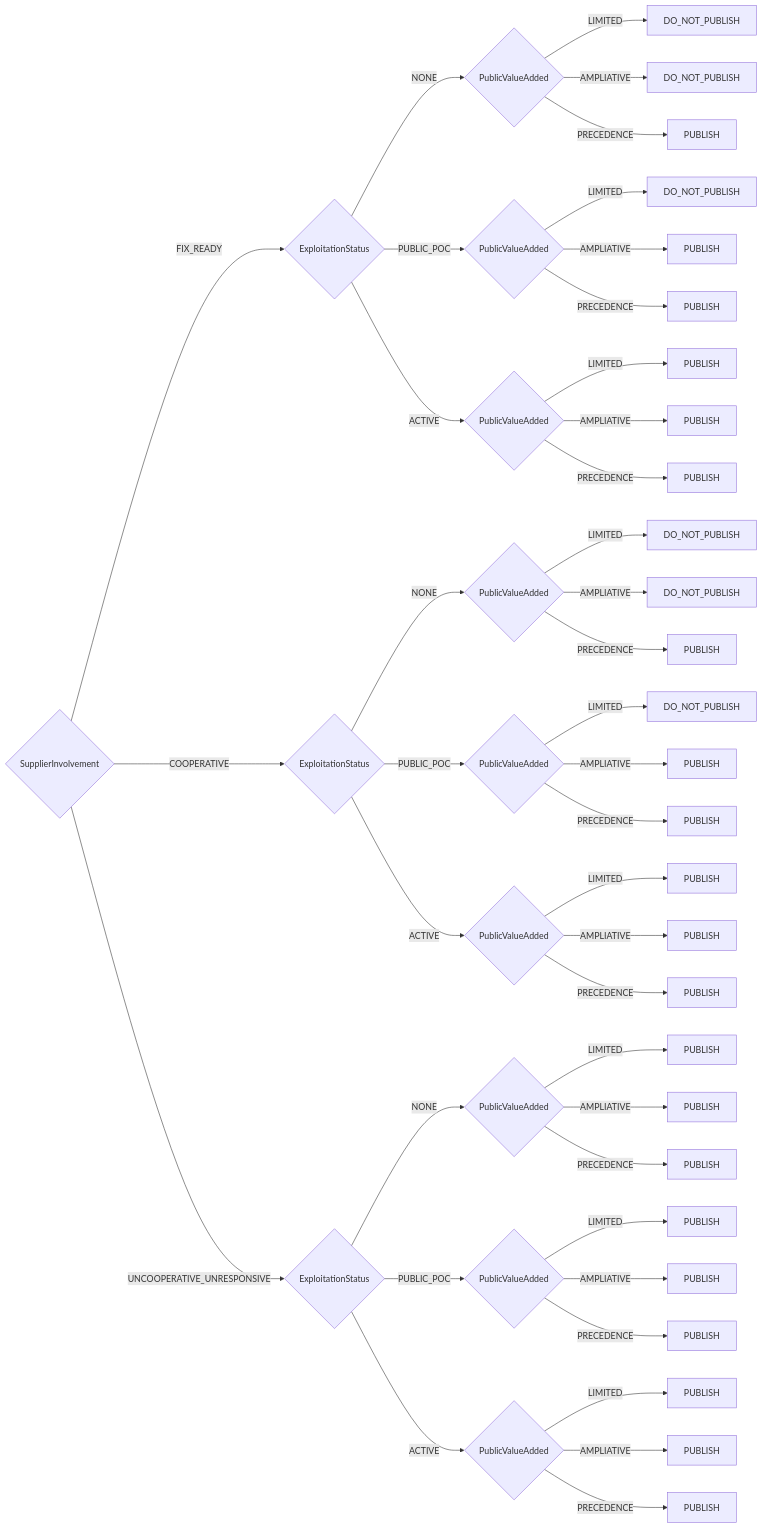
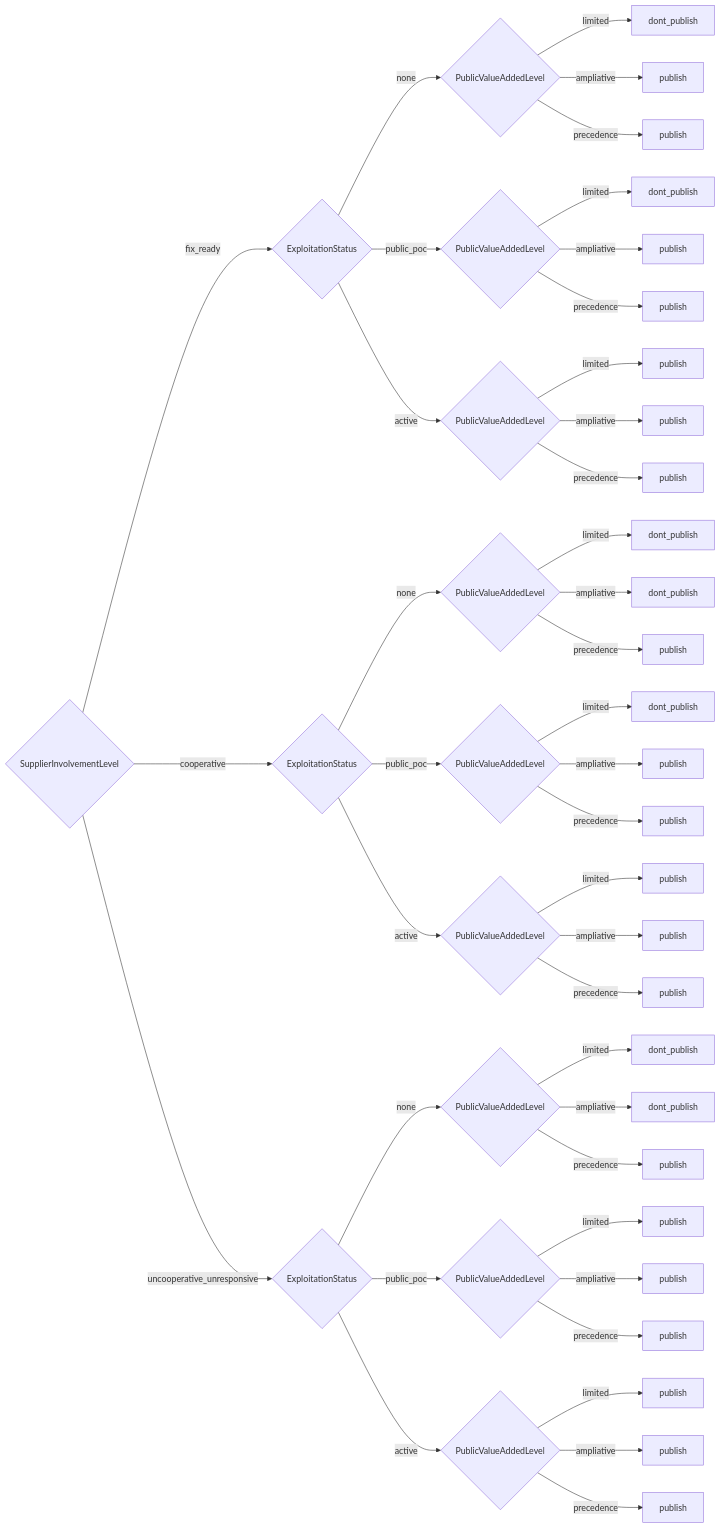
Before and after one commit to Vulnetix/python-ssvc: the diagram in docs/coordinator_publication.md, drawn with Mermaid. The commit also changed other lines of this file and 29 other files, not shown here.

First line of the commit message:
feat: Add comprehensive schema validation and checksum verification system

````diff
--- a/docs/coordinator_publication.md
+++ b/docs/coordinator_publication.md
@@ -10,82 +26,82 @@
 ```mermaid
 flowchart LR
-    SupplierInvolvement_1{SupplierInvolvement}
+    SupplierInvolvementLevel_1{SupplierInvolvementLevel}
     ExploitationStatus_2{ExploitationStatus}
-    SupplierInvolvement_1 -->|FIX_READY| ExploitationStatus_2
-    PublicValueAdded_3{PublicValueAdded}
-    ExploitationStatus_2 -->|NONE| PublicValueAdded_3
-    Action_DO_NOT_PUBLISH_4[DO_NOT_PUBLISH]
-    PublicValueAdded_3 -->|LIMITED| Action_DO_NOT_PUBLISH_4
-    Action_DO_NOT_PUBLISH_5[DO_NOT_PUBLISH]
-    PublicValueAdded_3 -->|AMPLIATIVE| Action_DO_NOT_PUBLISH_5
-    Action_PUBLISH_6[PUBLISH]
-    PublicValueAdded_3 -->|PRECEDENCE| Action_PUBLISH_6
-    PublicValueAdded_7{PublicValueAdded}
-    ExploitationStatus_2 -->|PUBLIC_POC| PublicValueAdded_7
-    Action_DO_NOT_PUBLISH_8[DO_NOT_PUBLISH]
-    PublicValueAdded_7 -->|LIMITED| Action_DO_NOT_PUBLISH_8
-    Action_PUBLISH_9[PUBLISH]
-    PublicValueAdded_7 -->|AMPLIATIVE| Action_PUBLISH_9
-    Action_PUBLISH_10[PUBLISH]
-    PublicValueAdded_7 -->|PRECEDENCE| Action_PUBLISH_10
-    PublicValueAdded_11{PublicValueAdded}
-    ExploitationStatus_2 -->|ACTIVE| PublicValueAdded_11
-    Action_PUBLISH_12[PUBLISH]
-    PublicValueAdded_11 -->|LIMITED| Action_PUBLISH_12
-    Action_PUBLISH_13[PUBLISH]
-    PublicValueAdded_11 -->|AMPLIATIVE| Action_PUBLISH_13
-    Action_PUBLISH_14[PUBLISH]
-    PublicValueAdded_11 -->|PRECEDENCE| Action_PUBLISH_14
+    SupplierInvolvementLevel_1 -->|fix_ready| ExploitationStatus_2
+    PublicValueAddedLevel_3{PublicValueAddedLevel}
+    ExploitationStatus_2 -->|none| PublicValueAddedLevel_3
+    Action_dont_publish_4[dont_publish]
+    PublicValueAddedLevel_3 -->|limited| Action_dont_publish_4
+    Action_publish_5[publish]
+    PublicValueAddedLevel_3 -->|ampliative| Action_publish_5
+    Action_publish_6[publish]
+    PublicValueAddedLevel_3 -->|precedence| Action_publish_6
+    PublicValueAddedLevel_7{PublicValueAddedLevel}
+    ExploitationStatus_2 -->|public_poc| PublicValueAddedLevel_7
+    Action_dont_publish_8[dont_publish]
+    PublicValueAddedLevel_7 -->|limited| Action_dont_publish_8
+    Action_publish_9[publish]
+    PublicValueAddedLevel_7 -->|ampliative| Action_publish_9
+    Action_publish_10[publish]
+    PublicValueAddedLevel_7 -->|precedence| Action_publish_10
+    PublicValueAddedLevel_11{PublicValueAddedLevel}
+    ExploitationStatus_2 -->|active| PublicValueAddedLevel_11
+    Action_publish_12[publish]
+    PublicValueAddedLevel_11 -->|limited| Action_publish_12
+    Action_publish_13[publish]
+    PublicValueAddedLevel_11 -->|ampliative| Action_publish_13
+    Action_publish_14[publish]
+    PublicValueAddedLevel_11 -->|precedence| Action_publish_14
     ExploitationStatus_15{ExploitationStatus}
-    SupplierInvolvement_1 -->|COOPERATIVE| ExploitationStatus_15
-    PublicValueAdded_16{PublicValueAdded}
-    ExploitationStatus_15 -->|NONE| PublicValueAdded_16
-    Action_DO_NOT_PUBLISH_17[DO_NOT_PUBLISH]
-    PublicValueAdded_16 -->|LIMITED| Action_DO_NOT_PUBLISH_17
-    Action_DO_NOT_PUBLISH_18[DO_NOT_PUBLISH]
-    PublicValueAdded_16 -->|AMPLIATIVE| Action_DO_NOT_PUBLISH_18
-    Action_PUBLISH_19[PUBLISH]
-    PublicValueAdded_16 -->|PRECEDENCE| Action_PUBLISH_19
-    PublicValueAdded_20{PublicValueAdded}
-    ExploitationStatus_15 -->|PUBLIC_POC| PublicValueAdded_20
-    Action_DO_NOT_PUBLISH_21[DO_NOT_PUBLISH]
-    PublicValueAdded_20 -->|LIMITED| Action_DO_NOT_PUBLISH_21
-    Action_PUBLISH_22[PUBLISH]
-    PublicValueAdded_20 -->|AMPLIATIVE| Action_PUBLISH_22
-    Action_PUBLISH_23[PUBLISH]
-    PublicValueAdded_20 -->|PRECEDENCE| Action_PUBLISH_23
-    PublicValueAdded_24{PublicValueAdded}
-    ExploitationStatus_15 -->|ACTIVE| PublicValueAdded_24
-    Action_PUBLISH_25[PUBLISH]
-    PublicValueAdded_24 -->|LIMITED| Action_PUBLISH_25
-    Action_PUBLISH_26[PUBLISH]
-    PublicValueAdded_24 -->|AMPLIATIVE| Action_PUBLISH_26
-    Action_PUBLISH_27[PUBLISH]
-    PublicValueAdded_24 -->|PRECEDENCE| Action_PUBLISH_27
+    SupplierInvolvementLevel_1 -->|cooperative| ExploitationStatus_15
+    PublicValueAddedLevel_16{PublicValueAddedLevel}
+    ExploitationStatus_15 -->|none| PublicValueAddedLevel_16
+    Action_dont_publish_17[dont_publish]
+    PublicValueAddedLevel_16 -->|limited| Action_dont_publish_17
+    Action_dont_publish_18[dont_publish]
+    PublicValueAddedLevel_16 -->|ampliative| Action_dont_publish_18
+    Action_publish_19[publish]
+    PublicValueAddedLevel_16 -->|precedence| Action_publish_19
+    PublicValueAddedLevel_20{PublicValueAddedLevel}
+    ExploitationStatus_15 -->|public_poc| PublicValueAddedLevel_20
+    Action_dont_publish_21[dont_publish]
+    PublicValueAddedLevel_20 -->|limited| Action_dont_publish_21
+    Action_publish_22[publish]
+    PublicValueAddedLevel_20 -->|ampliative| Action_publish_22
+    Action_publish_23[publish]
+    PublicValueAddedLevel_20 -->|precedence| Action_publish_23
+    PublicValueAddedLevel_24{PublicValueAddedLevel}
+    ExploitationStatus_15 -->|active| PublicValueAddedLevel_24
+    Action_publish_25[publish]
+    PublicValueAddedLevel_24 -->|limited| Action_publish_25
+    Action_publish_26[publish]
+    PublicValueAddedLevel_24 -->|ampliative| Action_publish_26
+    Action_publish_27[publish]
+    PublicValueAddedLevel_24 -->|precedence| Action_publish_27
     ExploitationStatus_28{ExploitationStatus}
-    SupplierInvolvement_1 -->|UNCOOPERATIVE_UNRESPONSIVE| ExploitationStatus_28
-    PublicValueAdded_29{PublicValueAdded}
-    ExploitationStatus_28 -->|NONE| PublicValueAdded_29
-    Action_PUBLISH_30[PUBLISH]
-    PublicValueAdded_29 -->|LIMITED| Action_PUBLISH_30
-    Action_PUBLISH_31[PUBLISH]
-    PublicValueAdded_29 -->|AMPLIATIVE| Action_PUBLISH_31
-    Action_PUBLISH_32[PUBLISH]
-    PublicValueAdded_29 -->|PRECEDENCE| Action_PUBLISH_32
-    PublicValueAdded_33{PublicValueAdded}
-    ExploitationStatus_28 -->|PUBLIC_POC| PublicValueAdded_33
-    Action_PUBLISH_34[PUBLISH]
-    PublicValueAdded_33 -->|LIMITED| Action_PUBLISH_34
-    Action_PUBLISH_35[PUBLISH]
-    PublicValueAdded_33 -->|AMPLIATIVE| Action_PUBLISH_35
-    Action_PUBLISH_36[PUBLISH]
-    PublicValueAdded_33 -->|PRECEDENCE| Action_PUBLISH_36
-    PublicValueAdded_37{PublicValueAdded}
-    ExploitationStatus_28 -->|ACTIVE| PublicValueAdded_37
-    Action_PUBLISH_38[PUBLISH]
-    PublicValueAdded_37 -->|LIMITED| Action_PUBLISH_38
-    Action_PUBLISH_39[PUBLISH]
-    PublicValueAdded_37 -->|AMPLIATIVE| Action_PUBLISH_39
-    Action_PUBLISH_40[PUBLISH]
-    PublicValueAdded_37 -->|PRECEDENCE| Action_PUBLISH_40
+    SupplierInvolvementLevel_1 -->|uncooperative_unresponsive| ExploitationStatus_28
+    PublicValueAddedLevel_29{PublicValueAddedLevel}
+    ExploitationStatus_28 -->|none| PublicValueAddedLevel_29
+    Action_dont_publish_30[dont_publish]
+    PublicValueAddedLevel_29 -->|limited| Action_dont_publish_30
+    Action_dont_publish_31[dont_publish]
+    PublicValueAddedLevel_29 -->|ampliative| Action_dont_publish_31
+    Action_publish_32[publish]
+    PublicValueAddedLevel_29 -->|precedence| Action_publish_32
+    PublicValueAddedLevel_33{PublicValueAddedLevel}
+    ExploitationStatus_28 -->|public_poc| PublicValueAddedLevel_33
+    Action_publish_34[publish]
+    PublicValueAddedLevel_33 -->|limited| Action_publish_34
+    Action_publish_35[publish]
+    PublicValueAddedLevel_33 -->|ampliative| Action_publish_35
+    Action_publish_36[publish]
+    PublicValueAddedLevel_33 -->|precedence| Action_publish_36
+    PublicValueAddedLevel_37{PublicValueAddedLevel}
+    ExploitationStatus_28 -->|active| PublicValueAddedLevel_37
+    Action_publish_38[publish]
+    PublicValueAddedLevel_37 -->|limited| Action_publish_38
+    Action_publish_39[publish]
+    PublicValueAddedLevel_37 -->|ampliative| Action_publish_39
+    Action_publish_40[publish]
+    PublicValueAddedLevel_37 -->|precedence| Action_publish_40
 ```
````
